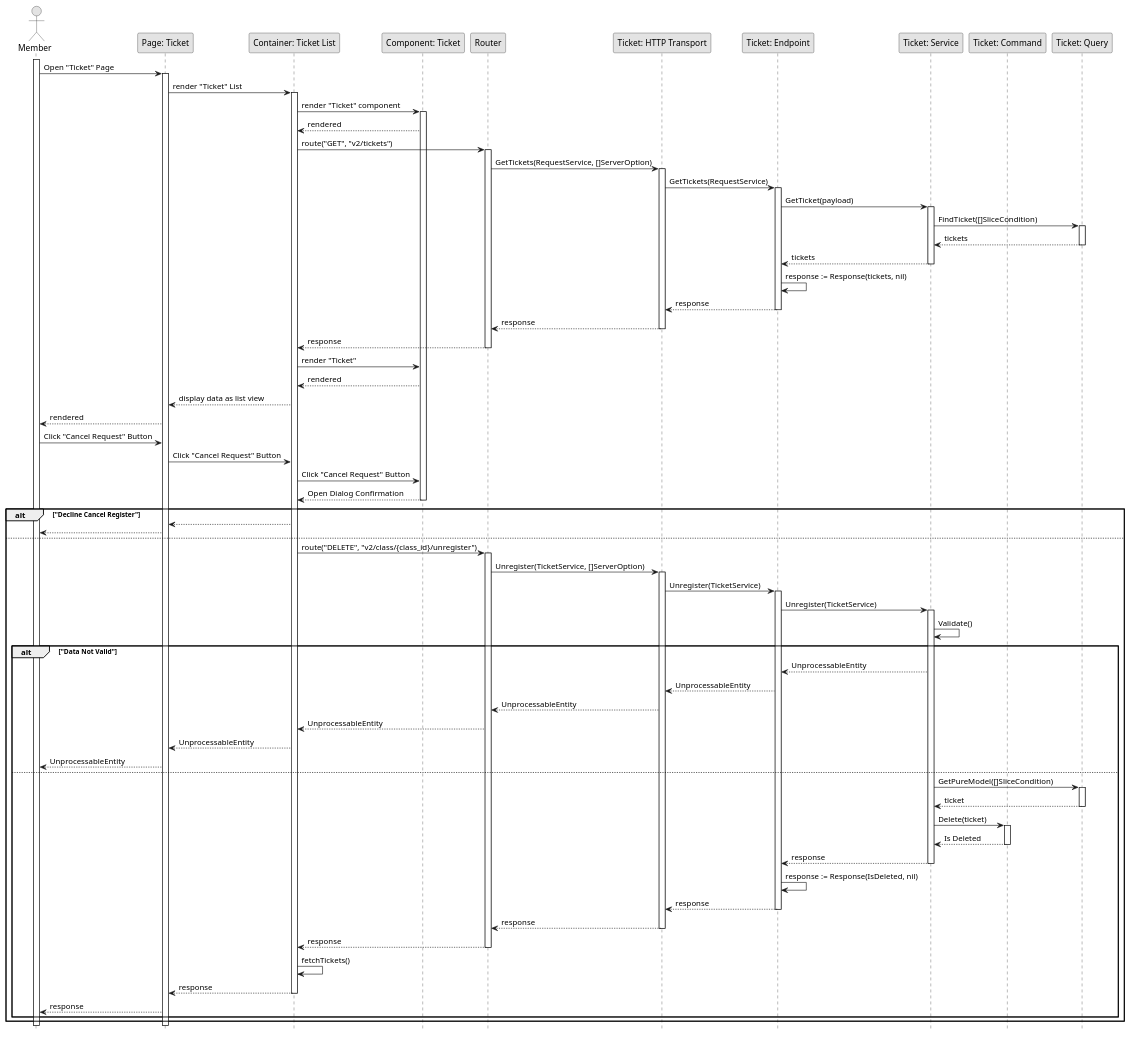
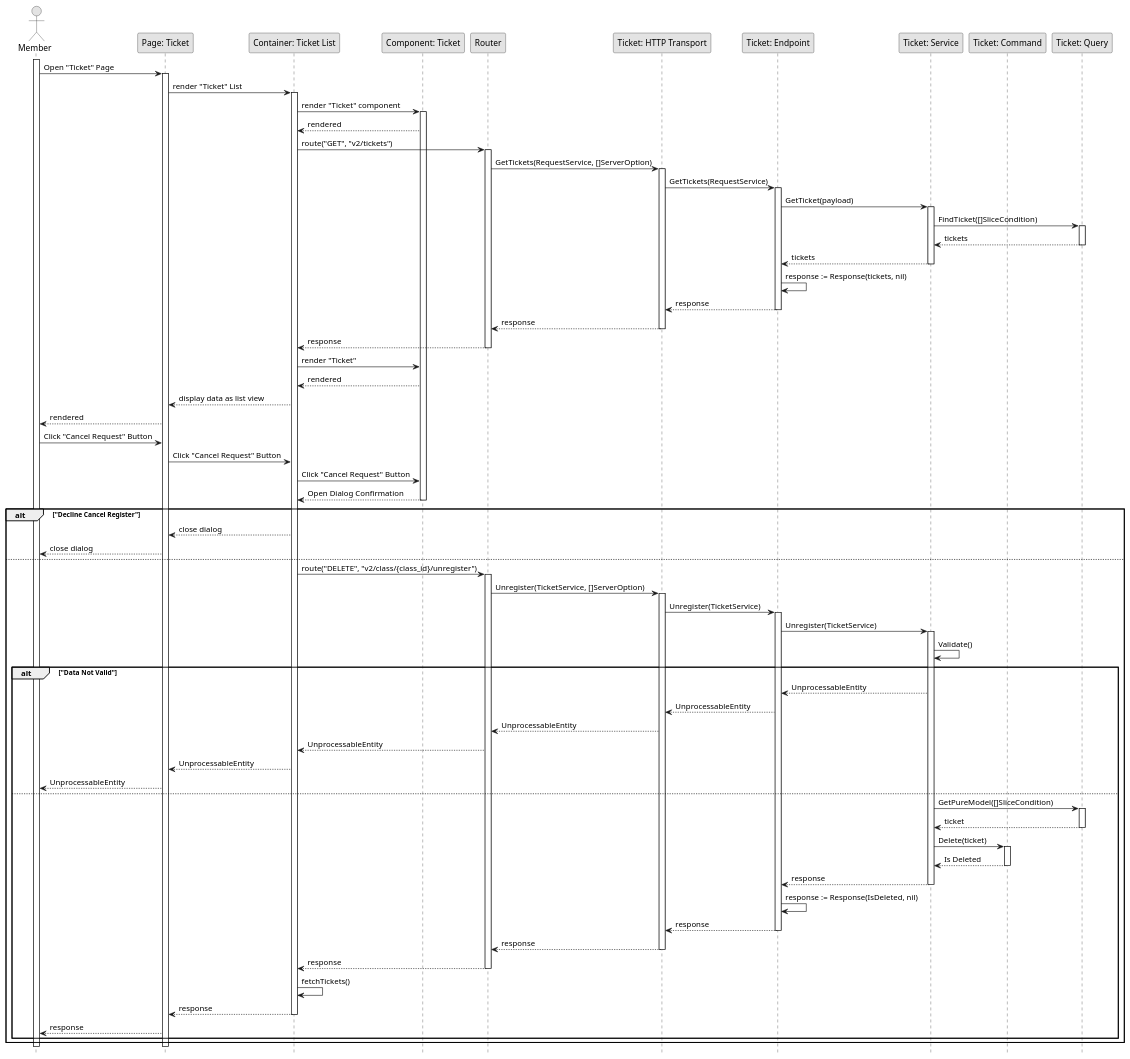
Before and after one commit to fwidjaya20/fazzlearning-uml: the diagram in Sequence/Release03/CancelRequestClass.wsd, drawn with PlantUML. The commit also changed 3 other files, not shown here.

Commit message:
fix(sequence): adding return wording

```diff
--- a/Sequence/Release03/CancelRequestClass.wsd
+++ b/Sequence/Release03/CancelRequestClass.wsd
@@ -1,111 +1,111 @@
 @startuml CancelRequestClass
 
 skinparam Monochrome true
 skinparam Shadowing false
 hide footbox
 
 actor Member
 participant "Page: Ticket" as TicketPage
 participant "Container: Ticket List" as TicketListContainer
 participant "Component: Ticket" as Ticket
 participant "Router" as Router
 participant "Ticket: HTTP Transport" as TicketHTTPTransport
 participant "Ticket: Endpoint" as TicketEndpoint
 participant "Ticket: Service" as TicketService
 participant "Ticket: Command" as TicketCommand
 participant "Ticket: Query" as TicketQuery
 
 activate Member
 
 Member->TicketPage: Open "Ticket" Page
 activate TicketPage
 TicketPage->TicketListContainer: render "Ticket" List
 activate TicketListContainer
 TicketListContainer->Ticket: render "Ticket" component
 activate Ticket
 Ticket-->TicketListContainer: rendered
 TicketListContainer->Router: route("GET", "v2/tickets")
 activate Router
 Router->TicketHTTPTransport: GetTickets(RequestService, []ServerOption)
 activate TicketHTTPTransport
 TicketHTTPTransport->TicketEndpoint: GetTickets(RequestService)
 activate TicketEndpoint
 TicketEndpoint->TicketService: GetTicket(payload)
 activate TicketService
 TicketService->TicketQuery: FindTicket([]SliceCondition)
 activate TicketQuery
 TicketQuery-->TicketService: tickets
 deactivate TicketQuery
 TicketService-->TicketEndpoint: tickets
 deactivate TicketService
 TicketEndpoint->TicketEndpoint: response := Response(tickets, nil)
 TicketEndpoint-->TicketHTTPTransport: response
 deactivate TicketEndpoint
 TicketHTTPTransport-->Router: response
 deactivate TicketHTTPTransport
 Router-->TicketListContainer: response
 deactivate Router
 TicketListContainer->Ticket: render "Ticket"
 Ticket-->TicketListContainer: rendered
 TicketListContainer-->TicketPage: display data as list view
 TicketPage-->Member: rendered
 
 Member->TicketPage: Click "Cancel Request" Button
 TicketPage->TicketListContainer: Click "Cancel Request" Button
 TicketListContainer->Ticket: Click "Cancel Request" Button
 Ticket-->TicketListContainer: Open Dialog Confirmation
 deactivate Ticket
 
 
 alt "Decline Cancel Register"
-    TicketListContainer-->TicketPage
-    TicketPage-->Member
+    TicketListContainer-->TicketPage: close dialog
+    TicketPage-->Member: close dialog
 else
     TicketListContainer->Router: route("DELETE", "v2/class/{class_id}/unregister")
     activate Router
     Router->TicketHTTPTransport: Unregister(TicketService, []ServerOption)
     activate TicketHTTPTransport
     TicketHTTPTransport->TicketEndpoint: Unregister(TicketService)
     activate TicketEndpoint
     TicketEndpoint->TicketService: Unregister(TicketService)
     activate TicketService
     TicketService->TicketService: Validate()
     
     alt "Data Not Valid"
         TicketService-->TicketEndpoint: UnprocessableEntity
         TicketEndpoint-->TicketHTTPTransport: UnprocessableEntity
         TicketHTTPTransport-->Router: UnprocessableEntity
         Router-->TicketListContainer: UnprocessableEntity
         TicketListContainer-->TicketPage: UnprocessableEntity
         TicketPage-->Member: UnprocessableEntity
     else
         TicketService->TicketQuery: GetPureModel([]SliceCondition)
         activate TicketQuery
         TicketQuery-->TicketService: ticket
         deactivate TicketQuery
         TicketService->TicketCommand: Delete(ticket)
         activate TicketCommand
         TicketCommand-->TicketService: Is Deleted
         deactivate TicketCommand
         TicketService-->TicketEndpoint: response
         deactivate TicketService
         TicketEndpoint->TicketEndpoint: response := Response(IsDeleted, nil)
         TicketEndpoint-->TicketHTTPTransport: response
         deactivate TicketEndpoint
         TicketHTTPTransport-->Router: response
         deactivate TicketHTTPTransport
         Router-->TicketListContainer: response
         deactivate Router
         TicketListContainer->TicketListContainer: fetchTickets()
         TicketListContainer-->TicketPage: response
         deactivate TicketListContainer
 
         TicketPage-->Member: response
     end
 end
 
 deactivate TicketPage
 
 deactivate Member
 
 @enduml
```
